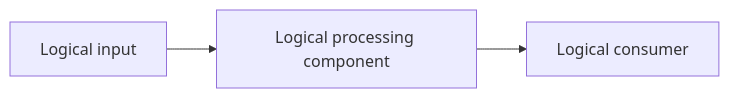
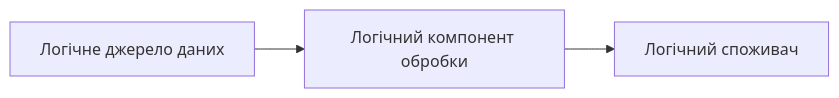
Before and after one commit to somebodywastoldme/high-level-design-skill: the diagram in skills/ml-system-hld/assets/hld-template.md, drawn with Mermaid. The commit also changed other lines of this file and 9 other files, not shown here.

````diff
--- a/skills/ml-system-hld/assets/hld-template.md
+++ b/skills/ml-system-hld/assets/hld-template.md
@@ -19,5 +19,5 @@
 ```mermaid
 flowchart LR
-    Input[Logical input] --> Processing[Logical processing component]
-    Processing --> Consumer[Logical consumer]
+    Input[Логічне джерело даних] --> Processing[Логічний компонент обробки]
+    Processing --> Consumer[Логічний споживач]
 ```
````
